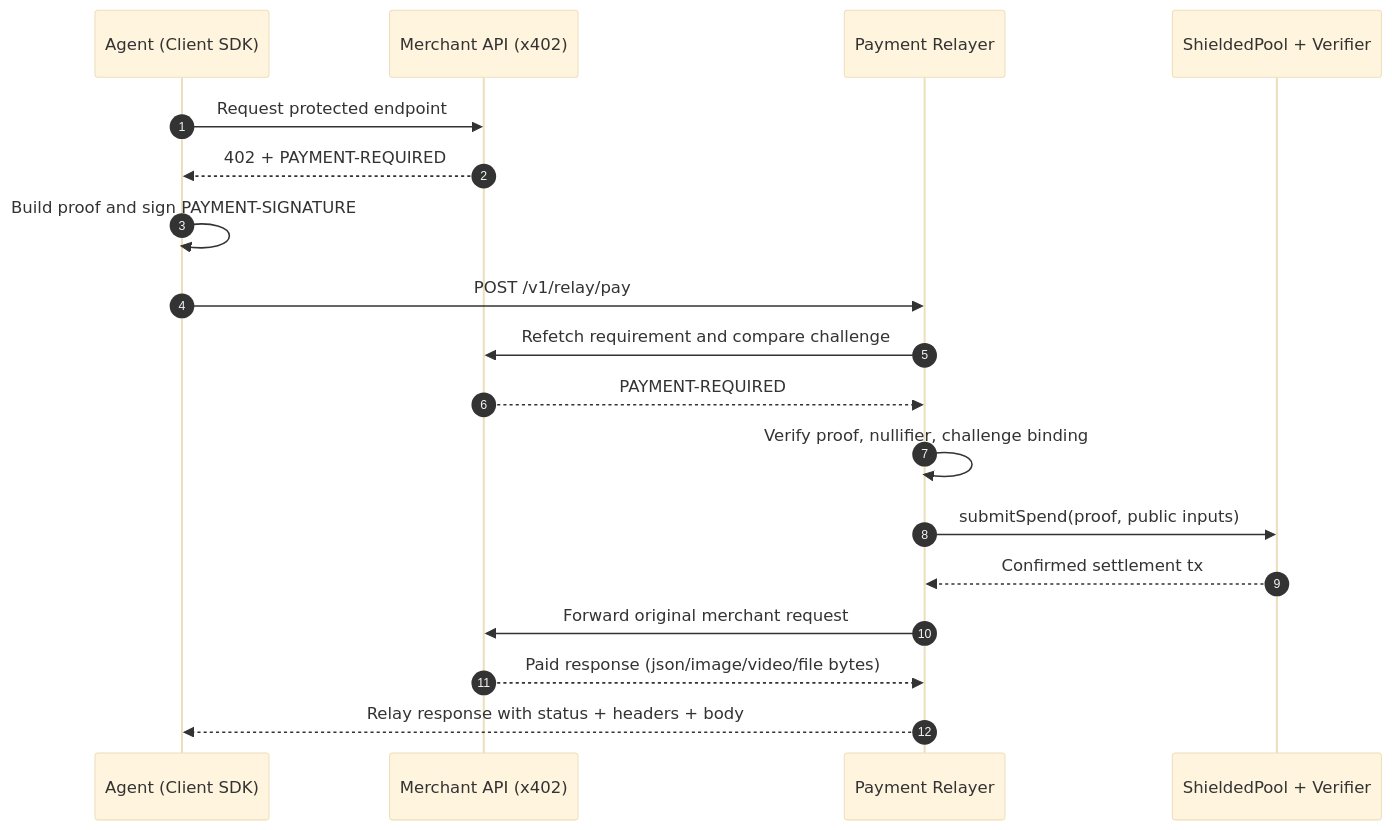
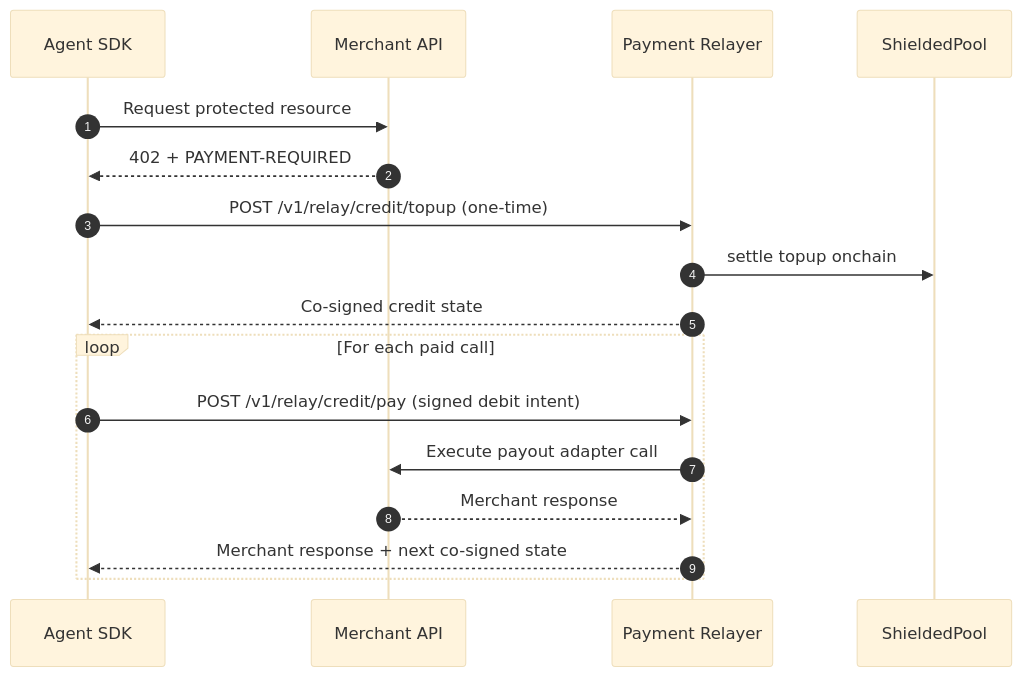
The first of 2 diagrams in README.md (nhestrompia/shielded-x402), drawn with Mermaid (base theme) before and after one commit. The commit also changed other lines of this file and 93 other files, not shown here.

Commit message:
feat: new flow, bug fixes in contract, refactor of codebase

````diff
--- a/README.md
+++ b/README.md
@@ -54,21 +43,21 @@
 ```mermaid
 sequenceDiagram
     autonumber
-    participant A as Agent (Client SDK)
-    participant M as Merchant API (x402)
+    participant A as Agent SDK
+    participant M as Merchant API
     participant R as Payment Relayer
-    participant P as ShieldedPool + Verifier
+    participant P as ShieldedPool
 
-    A->>M: Request protected endpoint
+    A->>M: Request protected resource
     M-->>A: 402 + PAYMENT-REQUIRED
-    A->>A: Build proof and sign PAYMENT-SIGNATURE
-    A->>R: POST /v1/relay/pay
-    R->>M: Refetch requirement and compare challenge
-    M-->>R: PAYMENT-REQUIRED
-    R->>R: Verify proof, nullifier, challenge binding
-    R->>P: submitSpend(proof, public inputs)
-    P-->>R: Confirmed settlement tx
-    R->>M: Forward original merchant request
-    M-->>R: Paid response (json/image/video/file bytes)
-    R-->>A: Relay response with status + headers + body
+
+    A->>R: POST /v1/relay/credit/topup (one-time)
+    R->>P: settle topup onchain
+    R-->>A: Co-signed credit state
+    loop For each paid call
+        A->>R: POST /v1/relay/credit/pay (signed debit intent)
+        R->>M: Execute payout adapter call
+        M-->>R: Merchant response
+        R-->>A: Merchant response + next co-signed state
+    end
 ```
````
